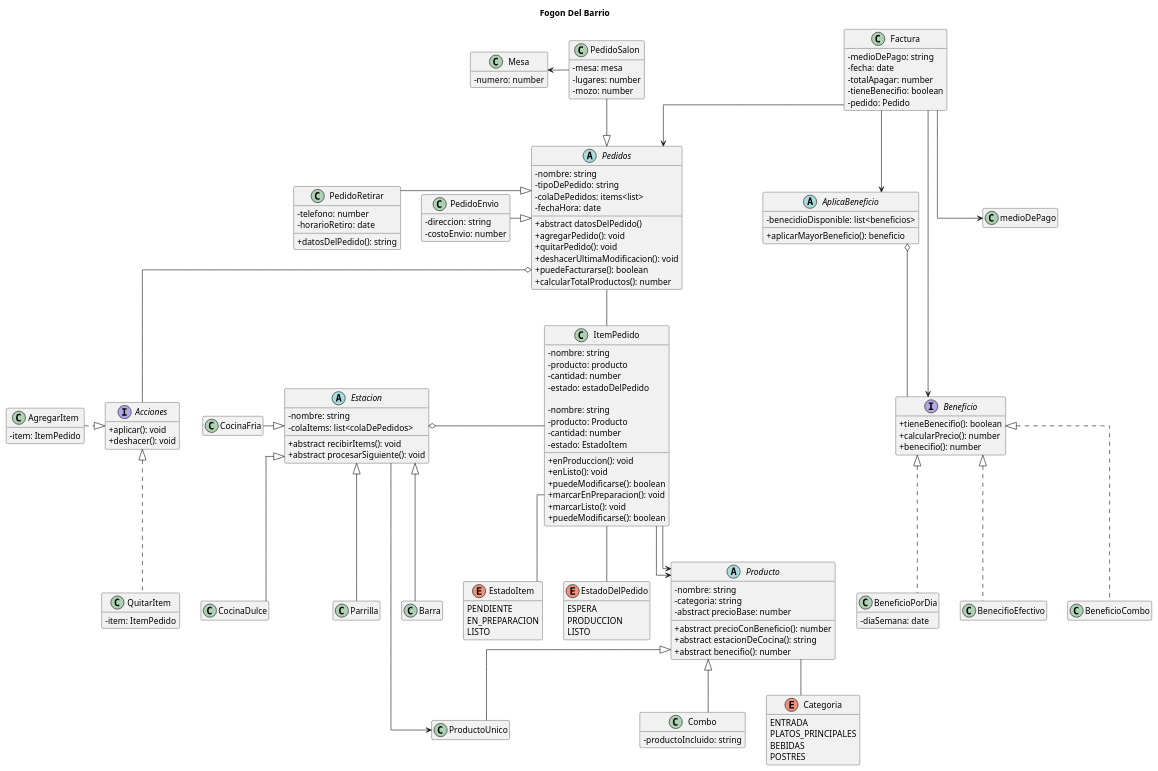
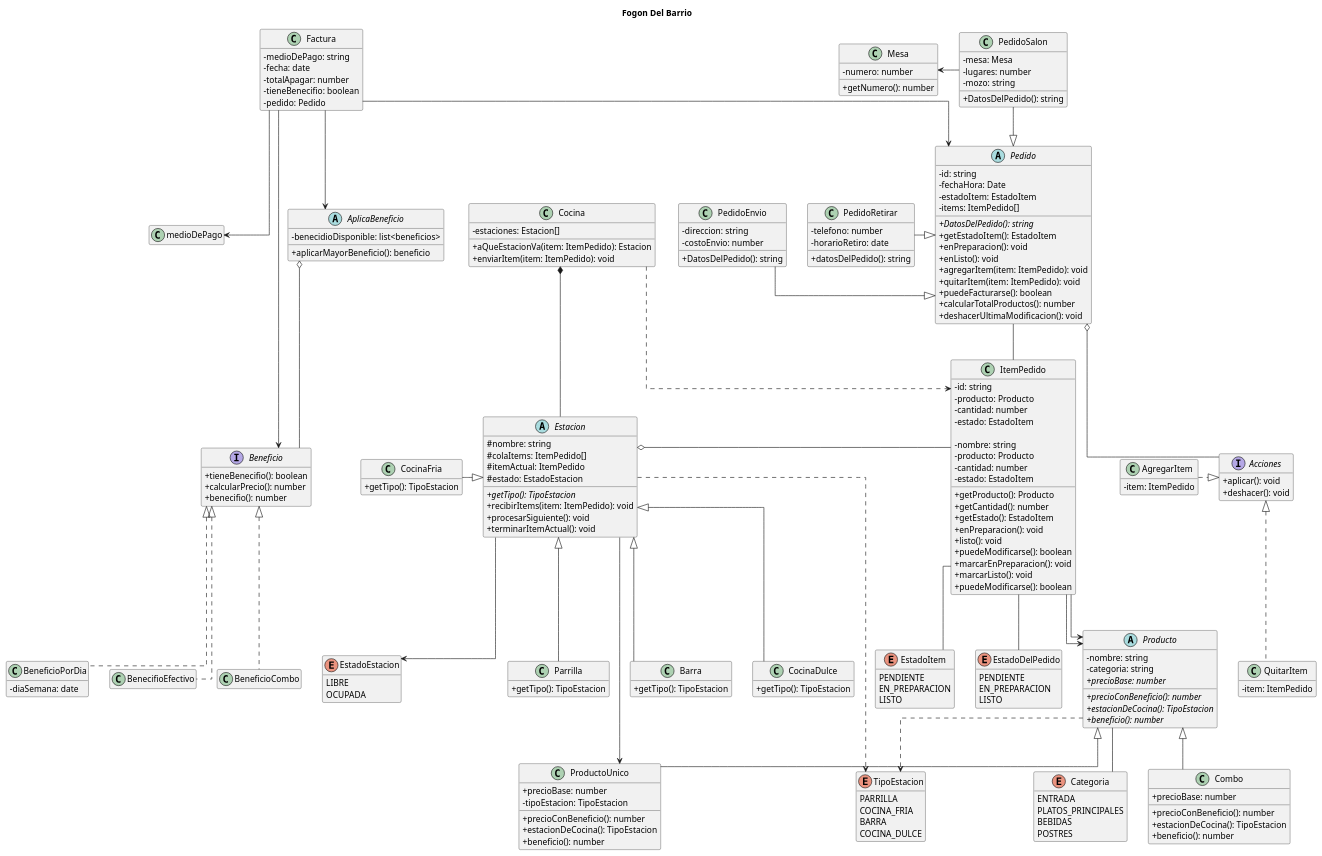
One commit to Laszlo-GAN/TP-Programacion-2--Grupo-12 changed the diagram in diagrama/diagrama de clases 2.puml. Above: the diagram before and after it, drawn with PlantUML. The commit also changed 26 other files, not shown here.

Commit message:
modifique clases y agregue las faltantes para que el programa corra. faltaria actualizar el diagrama porque cambie algunas cosas.

```diff
--- a/diagrama/diagrama de clases 2.puml
+++ b/diagrama/diagrama de clases 2.puml
@@ -6,45 +6,55 @@
 
 title Fogon Del Barrio
 
-abstract class Pedidos{
-  - nombre: string
-  - tipoDePedido: string
-  - colaDePedidos: items<list>
-  - fechaHora: date
-
-  + abstract datosDelPedido()
-  + agregarPedido(): void
-  + quitarPedido(): void
-  + deshacerUltimaModificacion(): void
+abstract class Pedido {
+  - id: string
+  - fechaHora: Date
+  - estadoItem: EstadoItem
+  - items: ItemPedido[]
+  __
+  + {abstract} DatosDelPedido(): string
+  + getEstadoItem(): EstadoItem
+  + enPreparacion(): void
+  + enListo(): void
+  + agregarItem(item: ItemPedido): void
+  + quitarItem(item: ItemPedido): void
   + puedeFacturarse(): boolean
   + calcularTotalProductos(): number
-
+  + deshacerUltimaModificacion(): void
 }
 
-class ItemPedido{
-  - nombre: string
-  - producto: producto
+class ItemPedido {
+  - id: string
+  - producto: Producto
   - cantidad: number
-  - estado: estadoDelPedido
-
-  + enProduccion(): void
-  + enListo(): void
+  - estado: EstadoItem
+ 
+  + getProducto(): Producto
+  + getCantidad(): number
+  + getEstado(): EstadoItem
+  + enPreparacion(): void
+  + listo(): void
   + puedeModificarse(): boolean
 }
+
 enum EstadoDelPedido{
-  ESPERA
-  PRODUCCION
+  PENDIENTE
+  EN_PREPARACION
   LISTO
 }
 
-class PedidoSalon{
-  - mesa: mesa
+class PedidoSalon {
+  - mesa: Mesa
   - lugares: number
-  - mozo: number
+  - mozo: string
+ 
+  + DatosDelPedido(): string
 }
 
 class Mesa{
   -numero: number
+
+  + getNumero(): number
 }
 
 class PedidoRetirar{
@@ -54,19 +64,21 @@
   + datosDelPedido(): string
 }
 
-class PedidoEnvio{
+class PedidoEnvio {
   - direccion: string
   - costoEnvio: number
+ 
+  + DatosDelPedido(): string
 }
 
-abstract class Producto{
+abstract class Producto {
   - nombre: string
   - categoria: string
-  - abstract precioBase: number
-
-  + abstract precioConBeneficio(): number
-  + abstract estacionDeCocina(): string
-  + abstract benecifio(): number
+  + {abstract} precioBase: number
+  
+  + {abstract} precioConBeneficio(): number
+  + {abstract} estacionDeCocina(): TipoEstacion
+  + {abstract} beneficio(): number
 }
 
 enum Categoria{
@@ -76,30 +88,69 @@
   POSTRES
 }
 
-class ProductoUnico{
+class ProductoUnico {
+  + precioBase: number
+  - tipoEstacion: TipoEstacion
   
+  + precioConBeneficio(): number
+  + estacionDeCocina(): TipoEstacion
+  + beneficio(): number
 }
 
-class Combo{
-  - productoIncluido: string
+class Combo {
+  + precioBase: number
+  
+  + precioConBeneficio(): number
+  + estacionDeCocina(): TipoEstacion
+  + beneficio(): number
 }
 
 abstract class Estacion {
-  - nombre: string
-  - colaItems: list<colaDePedidos>
-
-  + abstract recibirItems(): void
-  + abstract procesarSiguiente(): void
+  # nombre: string
+  # colaItems: ItemPedido[]
+  # itemActual: ItemPedido
+  # estado: EstadoEstacion
+  
+  + {abstract} getTipo(): TipoEstacion
+  + recibirItems(item: ItemPedido): void
+  + procesarSiguiente(): void
+  + terminarItemActual(): void
 }
 
-class Parrilla {}
+class Cocina {
+  - estaciones: Estacion[]
+  
+  + aQueEstacionVa(item: ItemPedido): Estacion
+  + enviarItem(item: ItemPedido): void
+}
 
-class CocinaFria {}
+enum TipoEstacion {
+  PARRILLA
+  COCINA_FRIA
+  BARRA
+  COCINA_DULCE
+}
 
-class Barra {}
+class Parrilla {
+  + getTipo(): TipoEstacion
+}
 
-class CocinaDulce {}
+class CocinaFria {
+  + getTipo(): TipoEstacion
+}
 
+class Barra {
+  + getTipo(): TipoEstacion
+}
+
+class CocinaDulce {
+  + getTipo(): TipoEstacion
+}
+
+enum EstadoEstacion {
+  LIBRE
+  OCUPADA
+}
 class ItemPedido {
 - nombre: string
 - producto: Producto
@@ -160,24 +211,28 @@
 
 ItemPedido -- EstadoDelPedido
 ItemPedido --> Producto
-Pedidos -- ItemPedido
-Pedidos <|-u- PedidoSalon
-Pedidos <|-l- PedidoRetirar
-Pedidos <|-l- PedidoEnvio
+Pedido -- ItemPedido
+Pedido <|-u- PedidoSalon
+Pedido <|-l- PedidoRetirar
+Pedido <|-l- PedidoEnvio
 PedidoSalon -l-> Mesa
 
 Producto -- Categoria
 Producto <|-- ProductoUnico
 Producto <|-- Combo
-'Combo <-- BeneficioPorDia
+Producto ..> TipoEstacion
 ProductoUnico <-l- Estacion
 
+Estacion ..> TipoEstacion
 Estacion <|-- Parrilla
 Estacion <|-l- CocinaFria
 Estacion <|-- Barra
 Estacion <|-- CocinaDulce
 Estacion o-r- ItemPedido 
+Estacion --> EstadoEstacion
 
+Cocina  *--  Estacion
+Cocina ..> ItemPedido 
 
 ItemPedido -- EstadoItem
 ItemPedido -->Producto
@@ -190,9 +245,9 @@
 
 Acciones <|.l. AgregarItem
 Acciones <|.. QuitarItem
-Pedidos o-- Acciones
+Pedido o-- Acciones
 
-Factura --> Pedidos
+Factura --> Pedido
 Factura --> medioDePago
 Factura --> Beneficio
 Factura --> AplicaBeneficio
```
